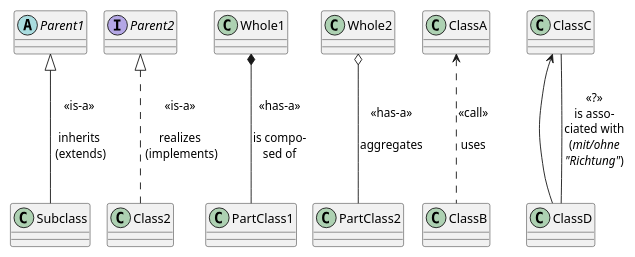
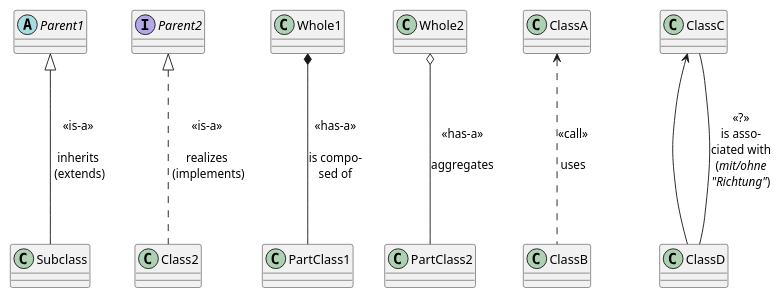
One commit to ThorstenEckstein/programmierung2-W3WI-109-ss24 changed the diagram in module-associations/docs/diagrams/associations.puml. Above: the diagram before and after it, drawn with PlantUML. The commit also changed 9 other files, not shown here.

Commit message:
day 5 diagram problems, disabled KROKI usage in settings

```diff
--- a/module-associations/docs/diagrams/associations.puml
+++ b/module-associations/docs/diagrams/associations.puml
@@ -1,22 +1,22 @@
 @startuml
-!pragma layout smetana
+'!pragma layout smetana
 'https://plantuml.com/class-diagram
 
 scale 0.9
 
 abstract class Parent1
 Parent1 <|--- Subclass    : <<is-a>>\n\ninherits\n (extends)
 
 interface Parent2
 Parent2 <|... Class2      : <<is-a>>\n\nrealizes\n (implements)
 
 Whole1  *---  PartClass1  : <<has-a>>\n\nis compo-\nsed of
 
 Whole2  o---  PartClass2  : <<has-a>>\n\naggregates
 
 ClassA  <...  ClassB      : <<call>>\n\nuses
 
 ClassC  <---  ClassD      : "     "
 ClassC  ---  ClassD       : <<?>>\nis asso-\nciated with\n(//mit/ohne//\n//"Richtung"//)
 
 @enduml
```
